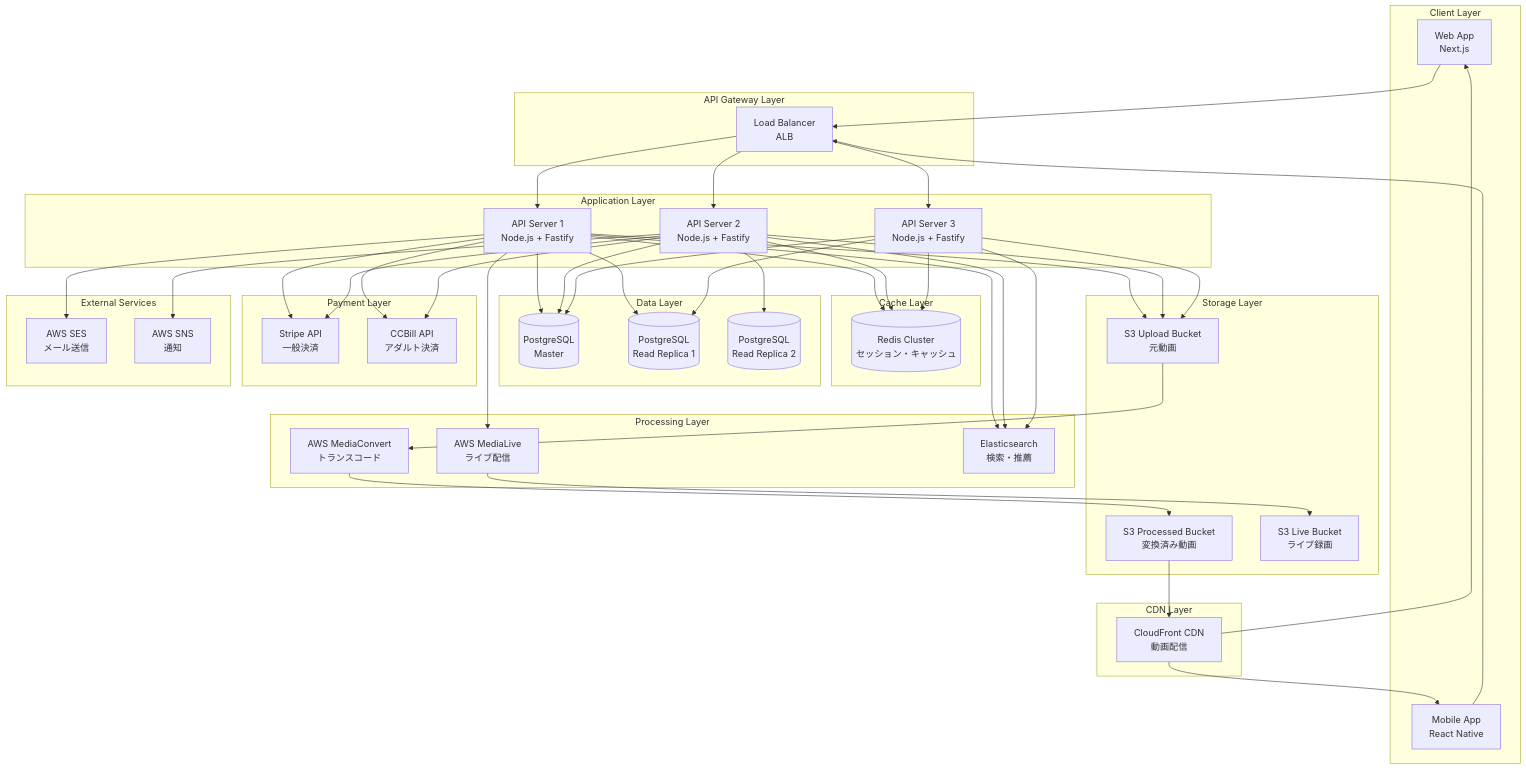
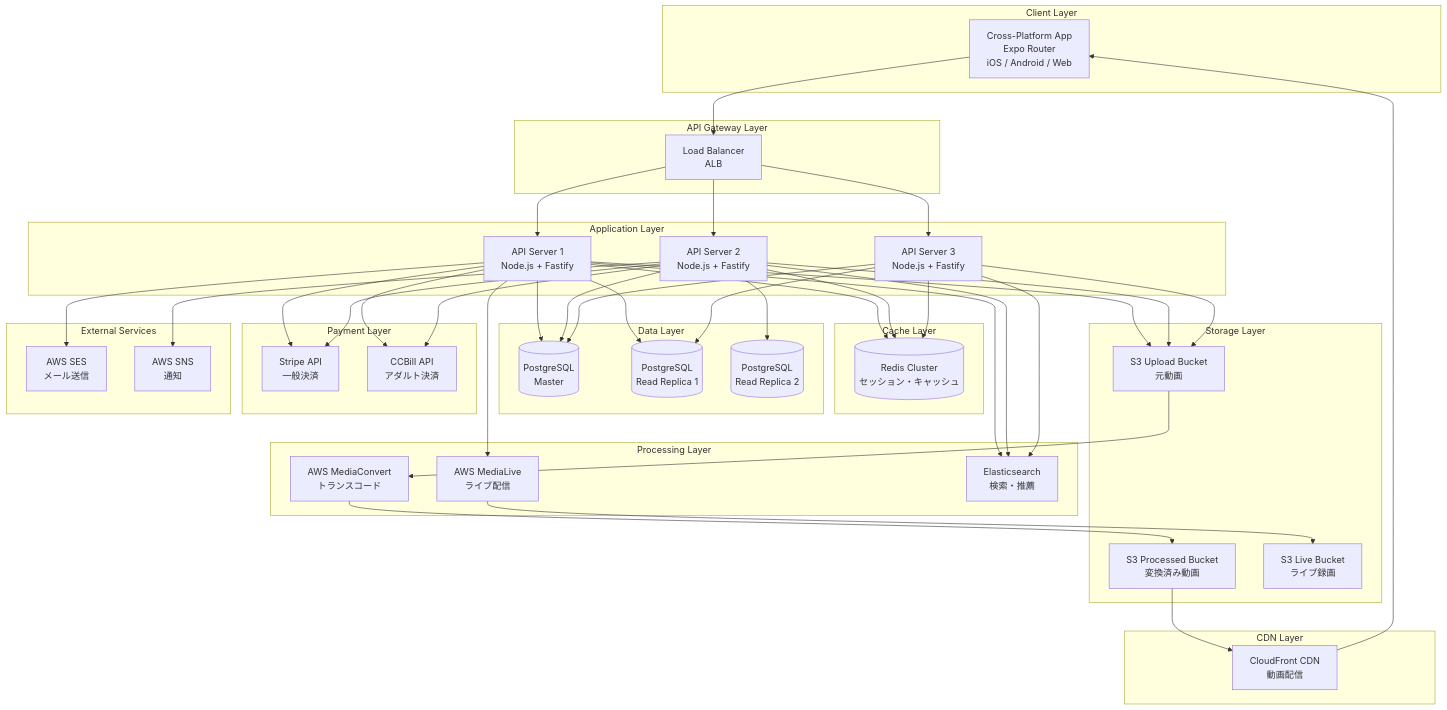
One commit to MichiKitagawa/MICHE-VIDEO changed the diagram in docs/specs/architecture/system-overview.md. Above: the diagram before and after it, drawn with Mermaid. The commit also changed other lines of this file and 25 other files, not shown here.

First line of the commit message:
docs: Align all specs with Expo Router implementation

````diff
--- a/docs/specs/architecture/system-overview.md
+++ b/docs/specs/architecture/system-overview.md
@@ -21,8 +21,7 @@
 ```mermaid
 graph TB
     subgraph "Client Layer"
-        Web[Web App<br/>Next.js]
-        Mobile[Mobile App<br/>React Native]
+        ExpoApp[Cross-Platform App<br/>Expo Router<br/>iOS / Android / Web]
     end
 
     subgraph "CDN Layer"
@@ -71,8 +70,7 @@
         SNS[AWS SNS<br/>通知]
     end
 
-    Web --> LB
-    Mobile --> LB
+    ExpoApp --> LB
     LB --> API1
     LB --> API2
     LB --> API3
@@ -97,8 +95,7 @@
     MediaConvert --> S3_Processed
 
     S3_Processed --> CF
-    CF --> Web
-    CF --> Mobile
+    CF --> ExpoApp
 
     API1 --> Stripe
     API1 --> CCBill
````
